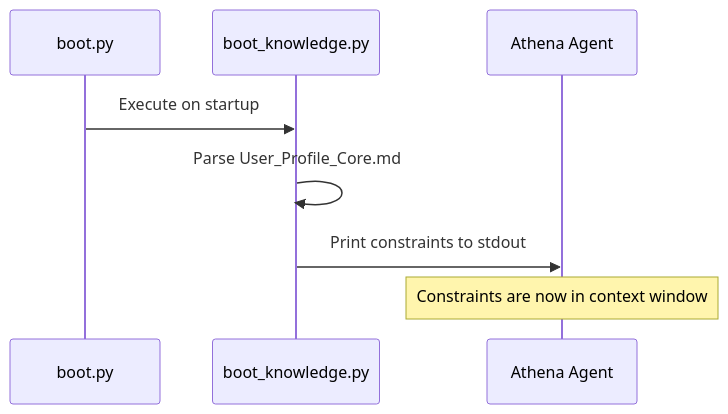
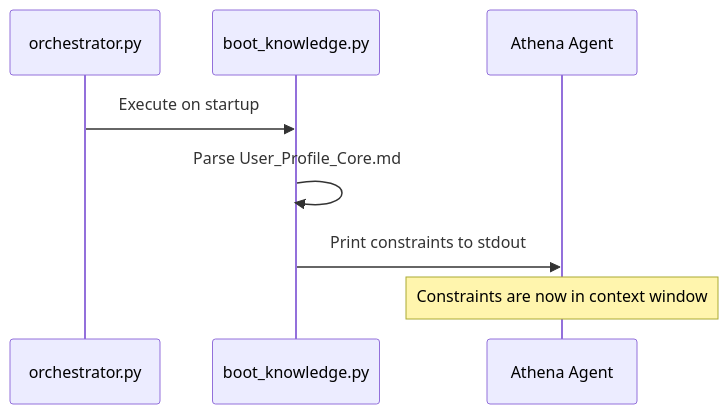
Before and after one commit to agent-memory-atlas-archive/winstonkoh87--Athena-Public: the seventh of 9 diagrams in docs/ARCHITECTURE.md, drawn with Mermaid. The commit also changed other lines of this file, not shown here.

First line of the commit message:
docs: GTO rewrite of ARCHITECTURE.md for v9.4.0

````diff
--- a/docs/ARCHITECTURE.md
+++ b/docs/ARCHITECTURE.md
@@ -150,11 +425,11 @@
 ```mermaid
 sequenceDiagram
-    participant Boot as boot.py
+    participant Boot as orchestrator.py
     participant Knowledge as boot_knowledge.py
     participant Agent as Athena Agent
 
     Boot->>Knowledge: Execute on startup
     Knowledge->>Knowledge: Parse User_Profile_Core.md
     Knowledge->>Agent: Print constraints to stdout
     Note over Agent: Constraints are now in context window
 ```
````
